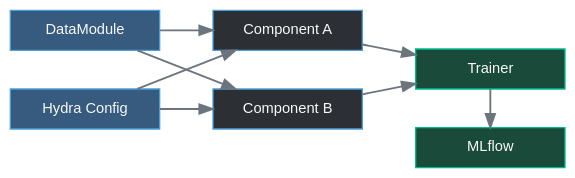
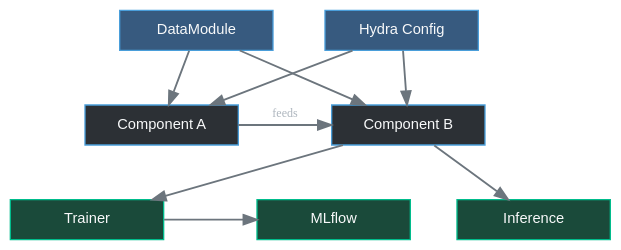
Before and after one commit to HongyuCao3/Pytorch-lightining-Hydra-Optuna-MLflow-Slurm-Project-Tempate-for-Scientific-Research: the diagram in docs/method/overview.qmd, drawn with Graphviz. The commit also changed other lines of this file and 2 other files, not shown here.

First line of the commit message:
Docs: apply What/Why/How structure to method section

````diff
--- a/docs/method/overview.qmd
+++ b/docs/method/overview.qmd
@@ -99,39 +21,39 @@
 ```{dot}
-//| label: fig-components
-//| fig-cap: "Component interaction at runtime"
+//| label: fig-method-overview
+//| fig-cap: "Method overview: inputs → modules → outputs with dependency flow"
 //| fig-width: 7
-//| fig-height: 3.2
+//| fig-height: 3.5
 digraph G {
   bgcolor="transparent"
-  rankdir=LR
-  graph [ranksep=0.55, nodesep=0.4]
+  rankdir=TB
+  graph [ranksep=0.55, nodesep=0.48]
   node [style=filled, fillcolor="#2c3035", color="#4a9eda",
         fontcolor="#f8f9fa", fontname="Arial", fontsize=11,
-        shape=box, width=1.55, height=0.42]
+        shape=box, width=1.6, height=0.42]
   edge [color="#6c757d", penwidth=1.4]
 
-  subgraph col1 {
+  subgraph row1 {
     rank=same
-    DM  [label="DataModule",  fillcolor="#375a7f"]
+    DM  [label="DataModule",   fillcolor="#375a7f"]
     Cfg [label="Hydra Config", fillcolor="#375a7f"]
   }
-  subgraph col2 {
+  subgraph row2 {
     rank=same
     CA [label="Component A"]
     CB [label="Component B"]
   }
-  subgraph col3 {
+  subgraph row3 {
     rank=same
-    Trainer [label="Trainer", fillcolor="#1a4a3a", color="#00bc8c"]
-    MLflow  [label="MLflow",  fillcolor="#1a4a3a", color="#00bc8c"]
+    Tr  [label="Trainer",   fillcolor="#1a4a3a", color="#00bc8c"]
+    MLf [label="MLflow",    fillcolor="#1a4a3a", color="#00bc8c"]
+    Inf [label="Inference", fillcolor="#1a4a3a", color="#00bc8c"]
   }
 
-  DM  -> CA
-  DM  -> CB
-  Cfg -> CA
-  Cfg -> CB
-  CA -> Trainer
-  CB -> Trainer
-  Trainer -> MLflow
+  DM  -> CA  DM  -> CB
+  Cfg -> CA  Cfg -> CB
+  CA  -> CB [label=" feeds", fontcolor="#adb5bd", fontsize=9]
+  CB  -> Tr
+  Tr  -> MLf
+  CB  -> Inf
 }
 ```
````
